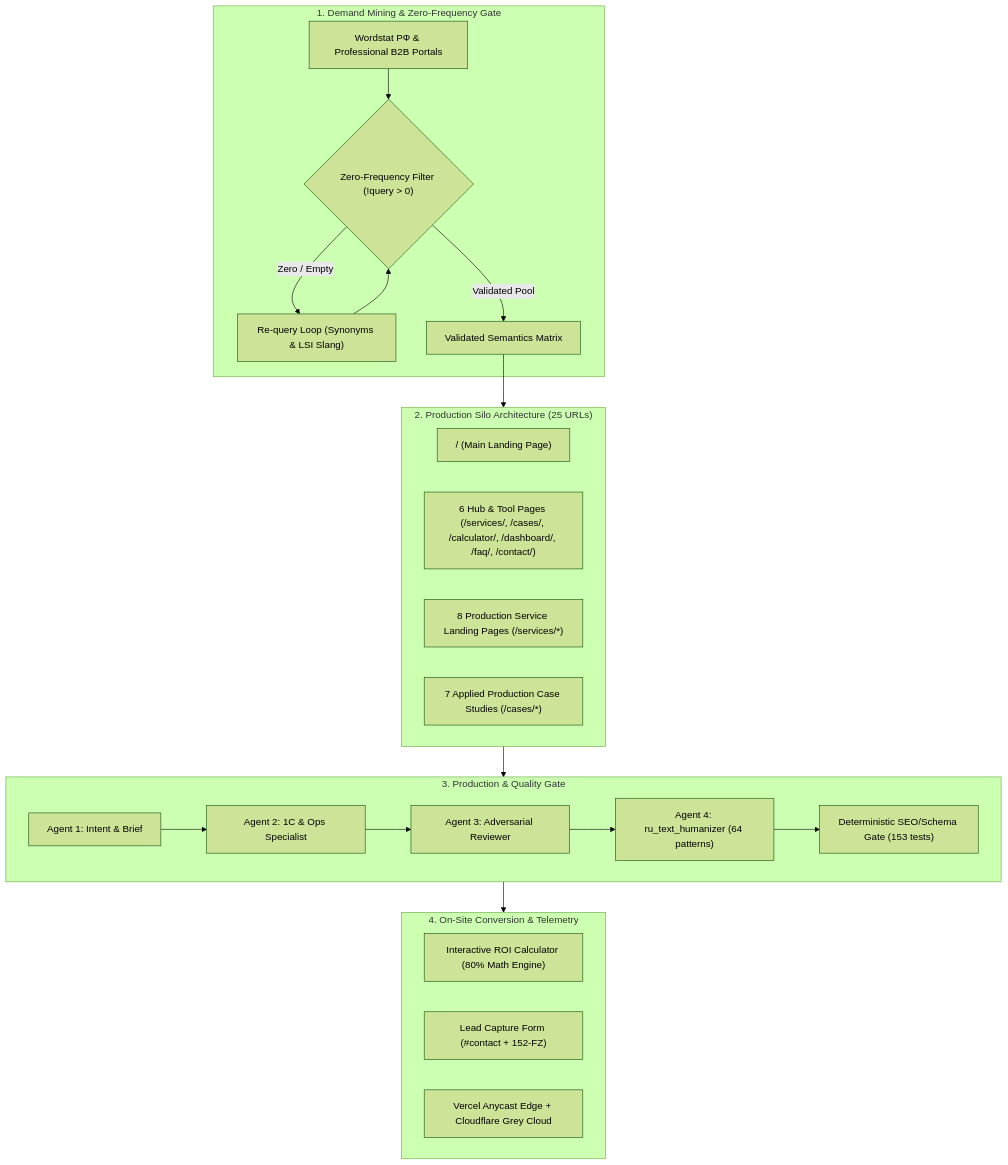
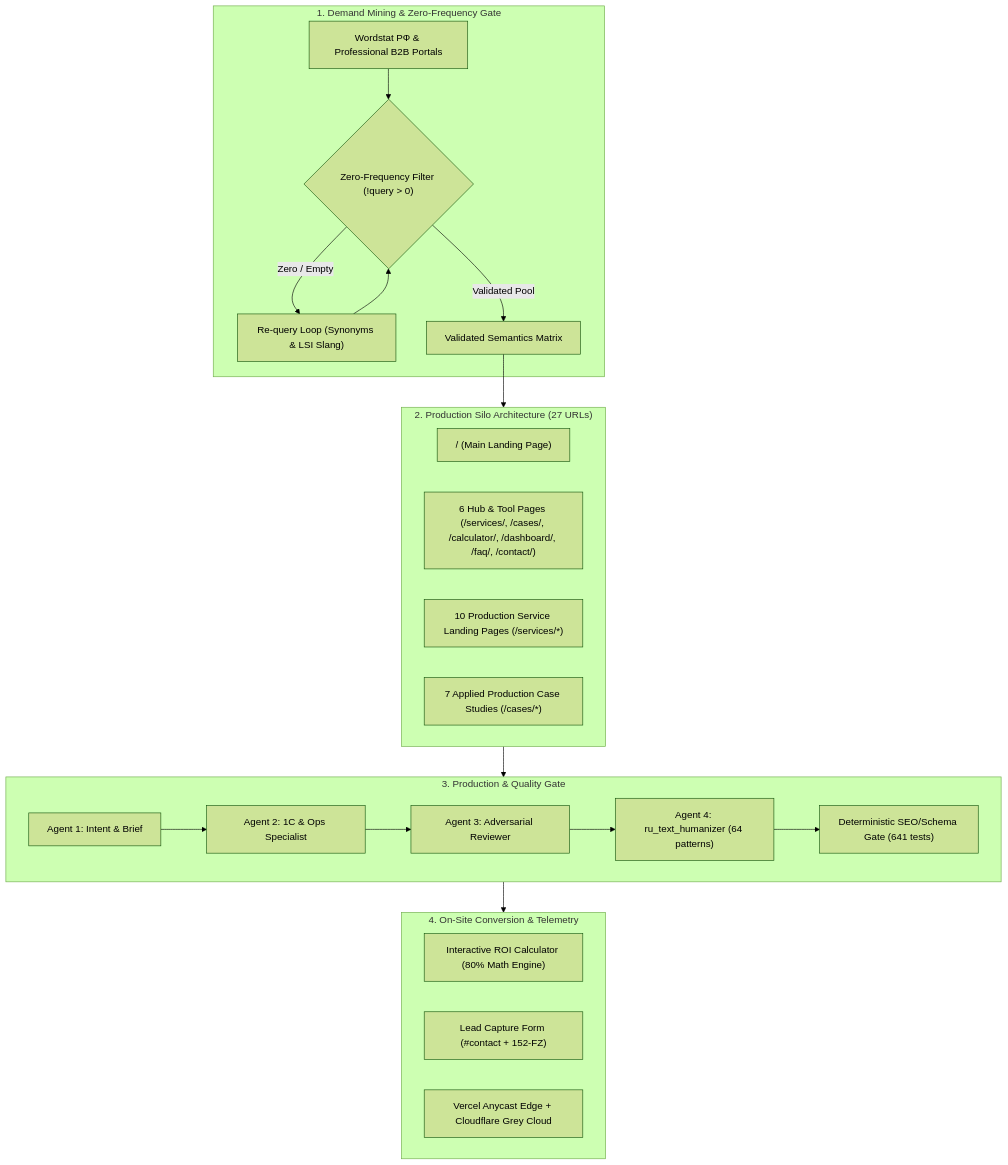
Before and after one commit to Vlad-Voro/ai-avtopilot: the first of 2 diagrams in content_strategy_implementation_plan.md, drawn with Mermaid (forest theme). The commit also changed other lines of this file and 37 other files, not shown here.

````diff
--- a/content_strategy_implementation_plan.md
+++ b/content_strategy_implementation_plan.md
@@ -12,31 +12,31 @@
 ```mermaid
 flowchart TD
     subgraph Sourcing ["1. Demand Mining & Zero-Frequency Gate"]
         W["Wordstat РФ & Professional B2B Portals"] --> Val{"Zero-Frequency Filter (!query > 0)"}
         Val -- "Zero / Empty" --> ReQ["Re-query Loop (Synonyms & LSI Slang)"]
         ReQ --> Val
         Val -- "Validated Pool" --> Brief["Validated Semantics Matrix"]
     end
 
-    subgraph Architecture ["2. Production Silo Architecture (25 URLs)"]
+    subgraph Architecture ["2. Production Silo Architecture (27 URLs)"]
         Root["/ (Main Landing Page)"]
         Hubs["6 Hub & Tool Pages (/services/, /cases/, /calculator/, /dashboard/, /faq/, /contact/)"]
-        T1["8 Production Service Landing Pages (/services/*)"]
+        T1["10 Production Service Landing Pages (/services/*)"]
         T3["7 Applied Production Case Studies (/cases/*)"]
     end
 
     subgraph Pipeline ["3. Production & Quality Gate"]
         Arch["Agent 1: Intent & Brief"] --> Writer["Agent 2: 1C & Ops Specialist"]
         Writer --> Critic["Agent 3: Adversarial Reviewer"]
         Critic --> Humanizer["Agent 4: ru_text_humanizer (64 patterns)"]
-        Humanizer --> Gate["Deterministic SEO/Schema Gate (153 tests)"]
+        Humanizer --> Gate["Deterministic SEO/Schema Gate (641 tests)"]
     end
 
     subgraph Conversion ["4. On-Site Conversion & Telemetry"]
         Calc["Interactive ROI Calculator (80% Math Engine)"]
         Form["Lead Capture Form (#contact + 152-FZ)"]
         Edge["Vercel Anycast Edge + Cloudflare Grey Cloud"]
     end
 
     Brief --> Architecture --> Pipeline --> Conversion
 ```
````
